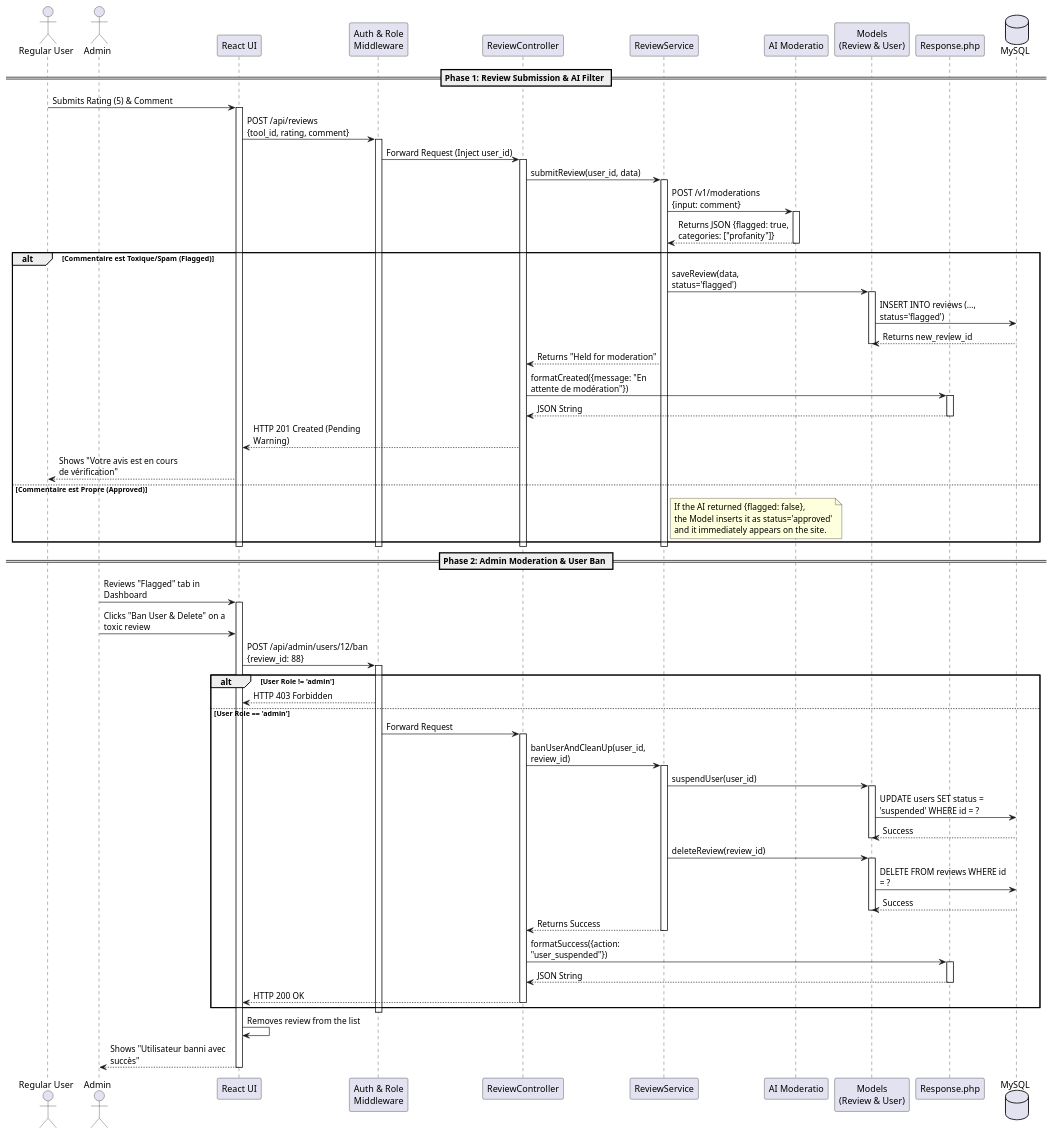
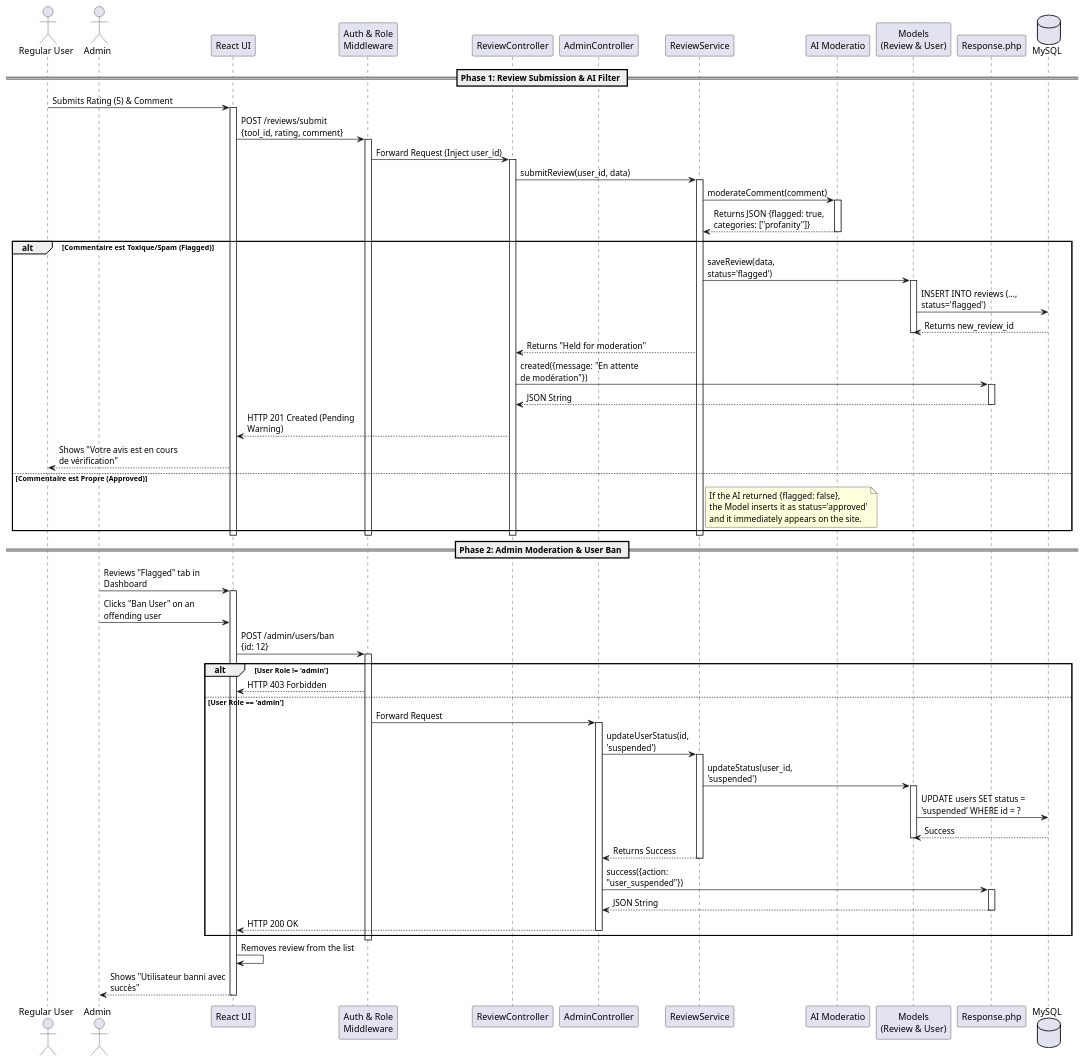
One commit to dss47/Penguins changed the diagram in docs/sequence/Moderation.wsd. Above: the diagram before and after it, drawn with PlantUML. The commit also changed 11 other files, not shown here.

Commit message:
sequence edit

```diff
--- a/docs/sequence/Moderation.wsd
+++ b/docs/sequence/Moderation.wsd
@@ -1,114 +1,109 @@
 @startuml review_moderation_pipeline
 skinparam maxMessageSize 200
 
 ' --- PARTICIPANTS ---
 actor "Regular User" as user
 actor "Admin" as admin
 participant "React UI" as react
 participant "Auth & Role\nMiddleware" as auth
-participant "ReviewController" as controller
+participant "ReviewController" as review_ctrl
+participant "AdminController" as admin_ctrl
 participant "ReviewService" as service
 participant "AI Moderatio" as ai
 participant "Models\n(Review & User)" as model
 participant "Response.php" as res
 database "MySQL" as db
 
 
 == Phase 1: Review Submission & AI Filter ==
 
 user -> react : Submits Rating (5) & Comment
 activate react
   
-  react -> auth : POST /api/reviews\n{tool_id, rating, comment}
+  react -> auth : POST /reviews/submit\n{tool_id, rating, comment}
   activate auth
-    auth -> controller : Forward Request (Inject user_id)
-    activate controller
+    auth -> review_ctrl : Forward Request (Inject user_id)
+    activate review_ctrl
       
-      controller -> service : submitReview(user_id, data)
+      review_ctrl -> service : submitReview(user_id, data)
       activate service
         
-        service -> ai : POST /v1/moderations\n{input: comment}
+        service -> ai : moderateComment(comment)
         activate ai
           ai --> service : Returns JSON {flagged: true, categories: ["profanity"]}
         deactivate ai
         
         alt Commentaire est Toxique/Spam (Flagged)
             
             service -> model : saveReview(data, status='flagged')
             activate model
               model -> db : INSERT INTO reviews (..., status='flagged')
               db --> model : Returns new_review_id
             deactivate model
             
-            service --> controller : Returns "Held for moderation"
+            service --> review_ctrl : Returns "Held for moderation"
             
-            controller -> res : formatCreated({message: "En attente de modération"})
+            review_ctrl -> res : created({message: "En attente de modération"})
             activate res
-              res --> controller : JSON String
+              res --> review_ctrl : JSON String
             deactivate res
             
-            controller --> react : HTTP 201 Created (Pending Warning)
+            review_ctrl --> react : HTTP 201 Created (Pending Warning)
             react --> user : Shows "Votre avis est en cours de vérification"
             
         else Commentaire est Propre (Approved)
             
             note right of service: If the AI returned {flagged: false},\nthe Model inserts it as status='approved'\nand it immediately appears on the site.
             
         end
         
       deactivate service
-    deactivate controller
+    deactivate review_ctrl
   deactivate auth
 deactivate react
 
 
 == Phase 2: Admin Moderation & User Ban ==
 
 admin -> react : Reviews "Flagged" tab in Dashboard
 activate react
   
-  admin -> react : Clicks "Ban User & Delete" on a toxic review
-  react -> auth : POST /api/admin/users/12/ban\n{review_id: 88}
+  admin -> react : Clicks "Ban User" on an offending user
+  react -> auth : POST /admin/users/ban\n{id: 12}
   activate auth
     
     alt User Role != 'admin'
         auth --> react : HTTP 403 Forbidden
     else User Role == 'admin'
         
-        auth -> controller : Forward Request
-        activate controller
+        auth -> admin_ctrl : Forward Request
+        activate admin_ctrl
           
-          controller -> service : banUserAndCleanUp(user_id, review_id)
+          admin_ctrl -> service : updateUserStatus(id, 'suspended')
           activate service
             
-            service -> model : suspendUser(user_id)
+            service -> model : updateStatus(user_id, 'suspended')
             activate model
               model -> db : UPDATE users SET status = 'suspended' WHERE id = ?
               db --> model : Success
             deactivate model
             
-            service -> model : deleteReview(review_id)
-            activate model
-              model -> db : DELETE FROM reviews WHERE id = ?
-              db --> model : Success
-            deactivate model
-            
-            service --> controller : Returns Success
+            service --> admin_ctrl : Returns Success
           deactivate service
           
-          controller -> res : formatSuccess({action: "user_suspended"})
+          admin_ctrl -> res : success({action: "user_suspended"})
           activate res
-            res --> controller : JSON String
+            res --> admin_ctrl : JSON String
           deactivate res
           
-          controller --> react : HTTP 200 OK
-        deactivate controller
+          admin_ctrl --> react : HTTP 200 OK
+        deactivate admin_ctrl
         
     end ' End of RBAC Check
   deactivate auth
   
   react -> react : Removes review from the list
   react --> admin : Shows "Utilisateur banni avec succès"
 deactivate react
 
 @enduml
```
